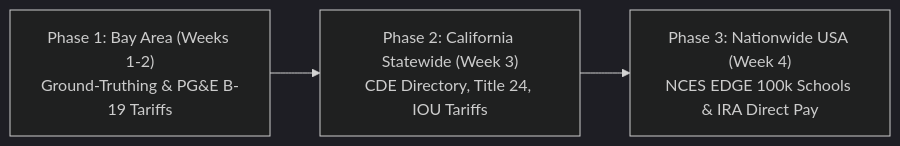
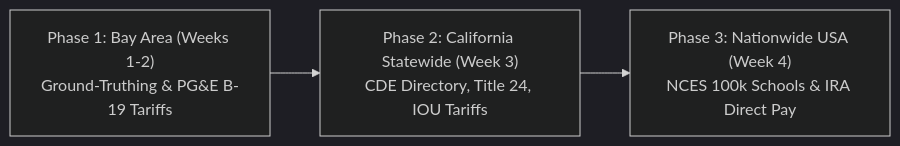
One commit to pranav-balaji/svyca2026 changed the diagram in README.md. Above: the diagram before and after it, drawn with Mermaid (dark theme). The commit also changed other lines of this file and 5 other files, not shown here.

Commit message:
Simplify NCES EDGE terminology to NCES across all documents and code

````diff
--- a/README.md
+++ b/README.md
@@ -20,5 +20,5 @@
 ```mermaid
 flowchart LR
     P1["Phase 1: Bay Area (Weeks 1-2)<br/>Ground-Truthing & PG&E B-19 Tariffs"] --> P2["Phase 2: California Statewide (Week 3)<br/>CDE Directory, Title 24, IOU Tariffs"]
-    P2 --> P3["Phase 3: Nationwide USA (Week 4)<br/>NCES EDGE 100k Schools & IRA Direct Pay"]
+    P2 --> P3["Phase 3: Nationwide USA (Week 4)<br/>NCES 100k Schools & IRA Direct Pay"]
 ```
````
